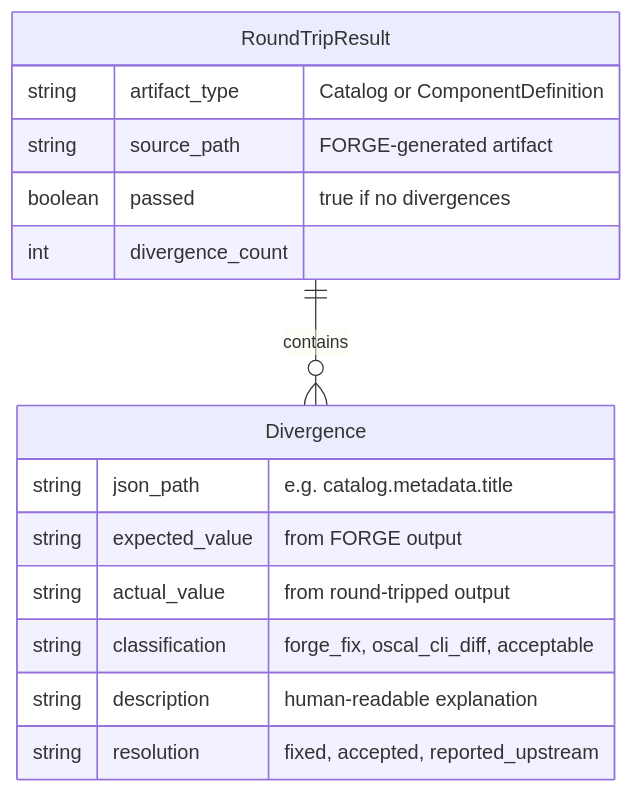
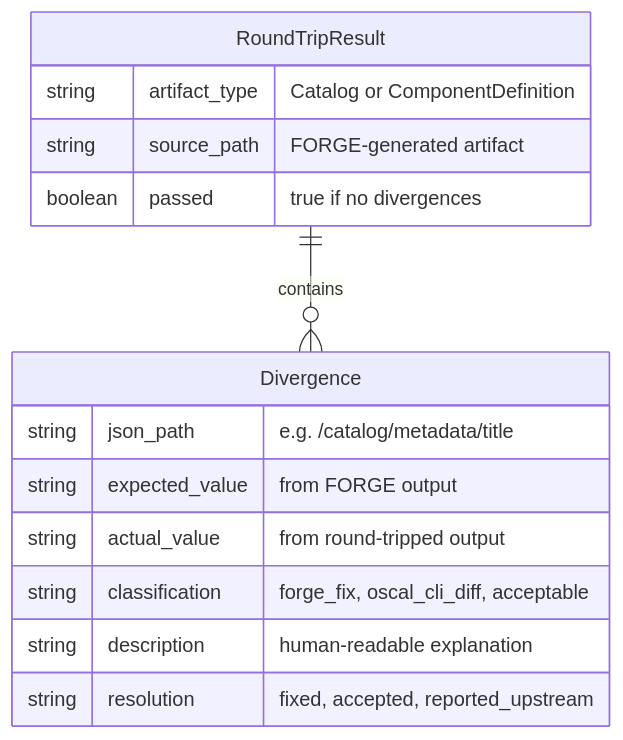
The second of 3 diagrams in docs/PRD/037-prd-oscal-cli-round-trip.md (policy-forge/forge), drawn with Mermaid before and after one commit. The commit also changed other lines of this file and 22 other files, not shown here.

````diff
--- a/docs/PRD/037-prd-oscal-cli-round-trip.md
+++ b/docs/PRD/037-prd-oscal-cli-round-trip.md
@@ -227,19 +227,18 @@
 ```mermaid
 erDiagram
     RoundTripResult ||--o{ Divergence : contains
 
     RoundTripResult {
         string artifact_type "Catalog or ComponentDefinition"
         string source_path "FORGE-generated artifact"
         boolean passed "true if no divergences"
-        int divergence_count
     }
     Divergence {
-        string json_path "e.g. catalog.metadata.title"
+        string json_path "e.g. /catalog/metadata/title"
         string expected_value "from FORGE output"
         string actual_value "from round-tripped output"
         string classification "forge_fix, oscal_cli_diff, acceptable"
         string description "human-readable explanation"
         string resolution "fixed, accepted, reported_upstream"
     }
 ```
````
